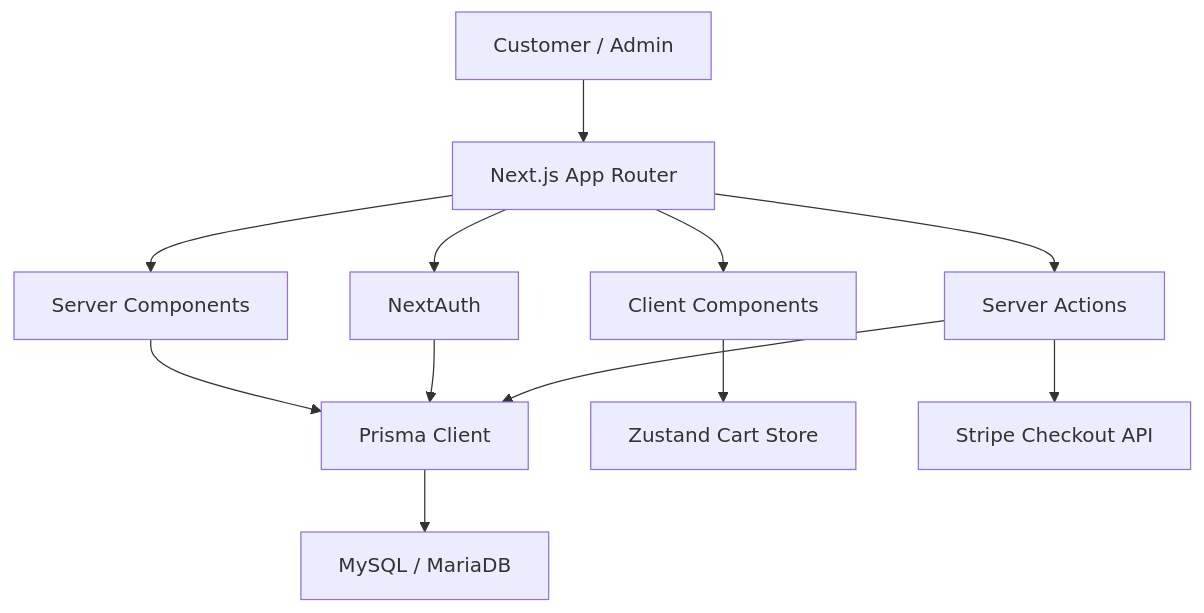
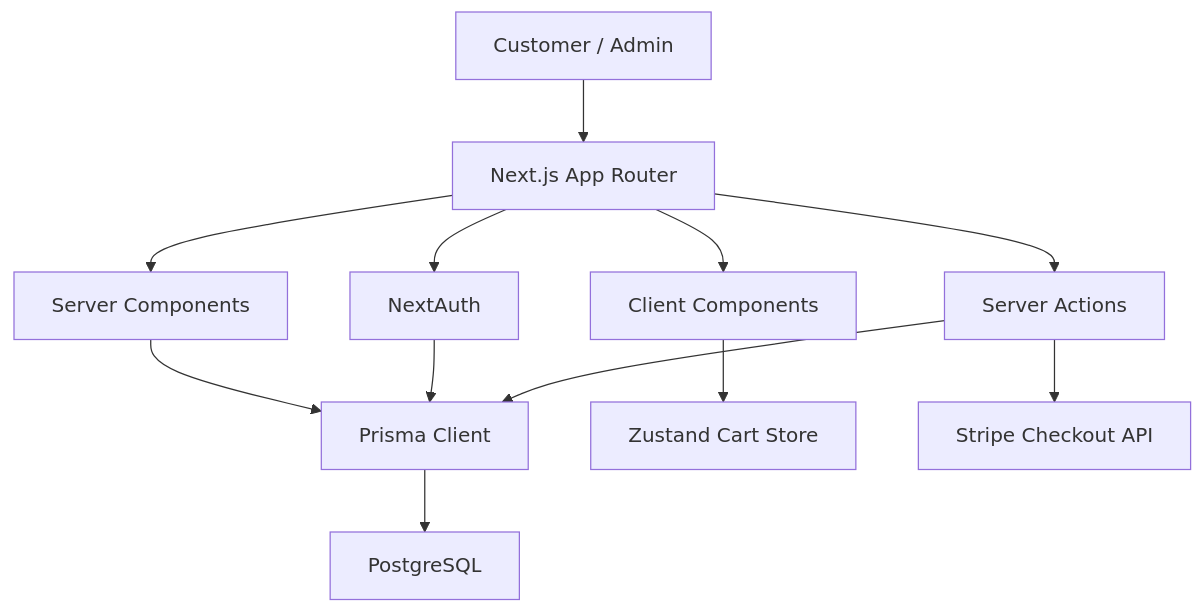
One commit to wasitakie/next-store changed the first of 2 diagrams in README.md. Above: the diagram before and after it, drawn with Mermaid. The commit also changed other lines of this file and 64 other files, not shown here.

````diff
--- a/README.md
+++ b/README.md
@@ -86,14 +86,14 @@
 ```mermaid
 flowchart TD
   A["Customer / Admin"] --> B["Next.js App Router"]
   B --> C["Server Components"]
   B --> D["Client Components"]
   C --> E["Prisma Client"]
-  E --> F["MySQL / MariaDB"]
+  E --> F["PostgreSQL"]
   D --> G["Zustand Cart Store"]
   B --> H["NextAuth"]
   H --> E
   B --> I["Server Actions"]
   I --> E
   I --> J["Stripe Checkout API"]
 ```
````
